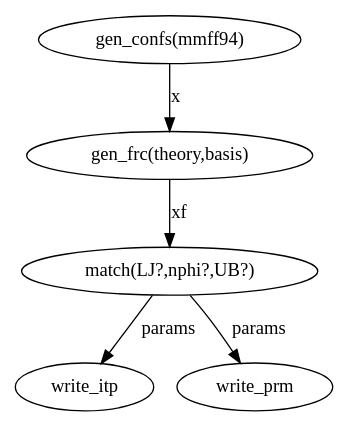
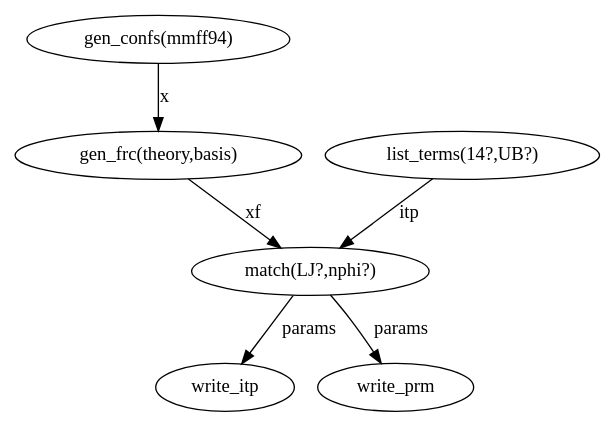
One commit to frobnitzem/chemparam changed the diagram in process.dot. Above: the diagram before and after it, drawn with Graphviz. The commit also changed 12 other files, not shown here.

Commit message:
Replaced auto-generation of bonded terms with itp read.

```diff
--- a/process.dot
+++ b/process.dot
@@ -1,9 +1,11 @@
 digraph ChemParam {
   "gen_confs"     [label="gen_confs(mmff94)" rank=0];
   "gen_frc"       [label="gen_frc(theory,basis)" rank=1];
-  "match"         [label="match(LJ?,nphi?,UB?)" rank=2];
+  "list_terms"    [label="list_terms(14?,UB?)" rank=1];
+  "match"         [label="match(LJ?,nphi?)" rank=2];
   "gen_confs" -> "gen_frc" [label="x"];
   "gen_frc" -> "match"     [label="xf"]; // xf ~ Ang, kcal/mol/Ang
+  "list_terms" -> "match"  [label="itp"];
   "match" -> "write_itp"   [label="params"];
   "match" -> "write_prm"   [label="params"];
 }
```
